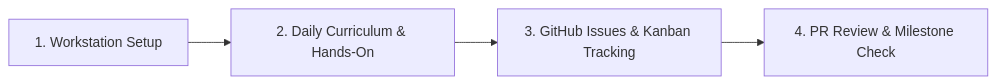
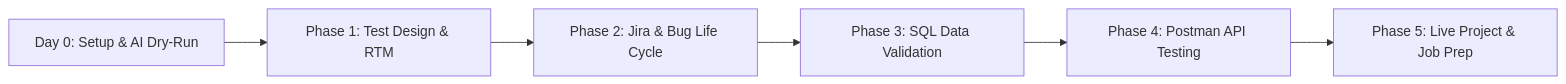
The diagram in docs/README.md (sn8c29kyhh-star/seeker), drawn with Mermaid before and after one commit. The commit also changed other lines of this file and 51 other files, not shown here.

Commit message:
feat: complete 30-day manual QA curriculum, templates, and tracking setup

````diff
--- a/docs/README.md
+++ b/docs/README.md
@@ -13,6 +15,8 @@
 ```mermaid
 graph LR
-    Setup[1. Workstation Setup] --> Learn[2. Daily Curriculum & Hands-On]
-    Learn --> Track[3. GitHub Issues & Kanban Tracking]
-    Track --> Review[4. PR Review & Milestone Check]
+    D0[Day 0: Setup & AI Dry-Run] --> P1[Phase 1: Test Design & RTM]
+    P1 --> P2[Phase 2: Jira & Bug Life Cycle]
+    P2 --> P3[Phase 3: SQL Data Validation]
+    P3 --> P4[Phase 4: Postman API Testing]
+    P4 --> P5[Phase 5: Live Project & Job Prep]
 ```
````
